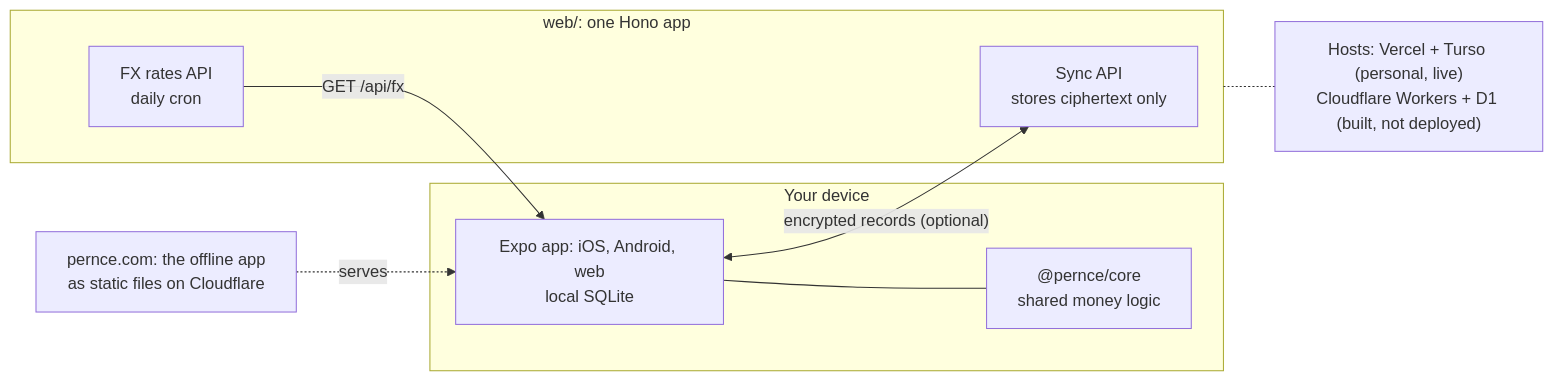
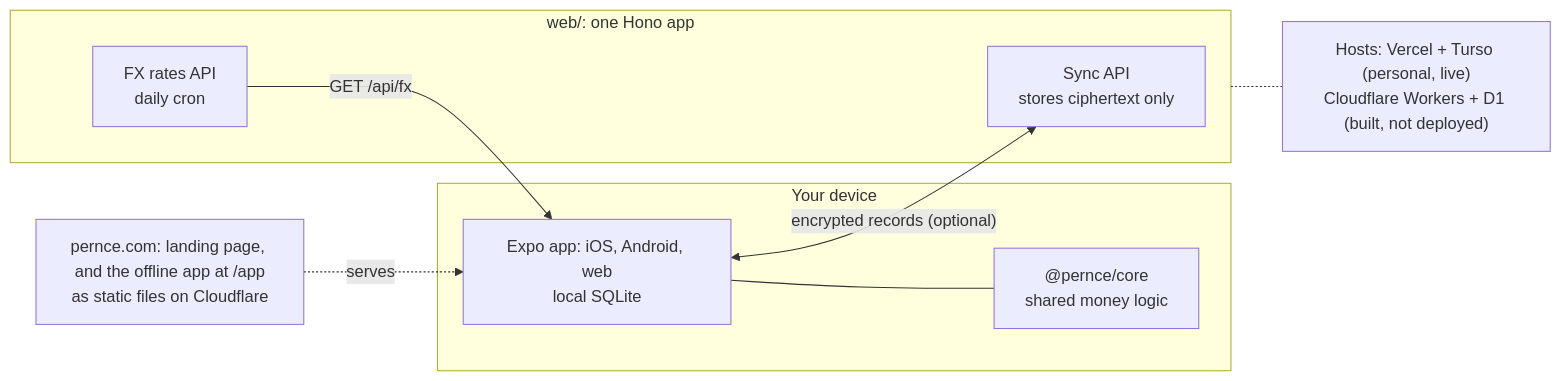
Before and after one commit to kofiad/pernce: the diagram in README.md, drawn with Mermaid. The commit also changed other lines of this file and 58 other files, not shown here.

````diff
--- a/README.md
+++ b/README.md
@@ -63,16 +64,16 @@
 ```mermaid
 flowchart LR
   subgraph device["Your device"]
     app["Expo app: iOS, Android, web<br/>local SQLite"]
     core["@pernce/core<br/>shared money logic"]
     app --- core
   end
   subgraph server["web/: one Hono app"]
     sync["Sync API<br/>stores ciphertext only"]
     fx["FX rates API<br/>daily cron"]
   end
   app <-->|"encrypted records (optional)"| sync
   fx -->|"GET /api/fx"| app
   server -.- hosts["Hosts: Vercel + Turso (personal, live)<br/>Cloudflare Workers + D1 (built, not deployed)"]
-  site["pernce.com: the offline app<br/>as static files on Cloudflare"] -.->|"serves"| app
+  site["pernce.com: landing page, and the offline app at /app<br/>as static files on Cloudflare"] -.->|"serves"| app
 ```
````
